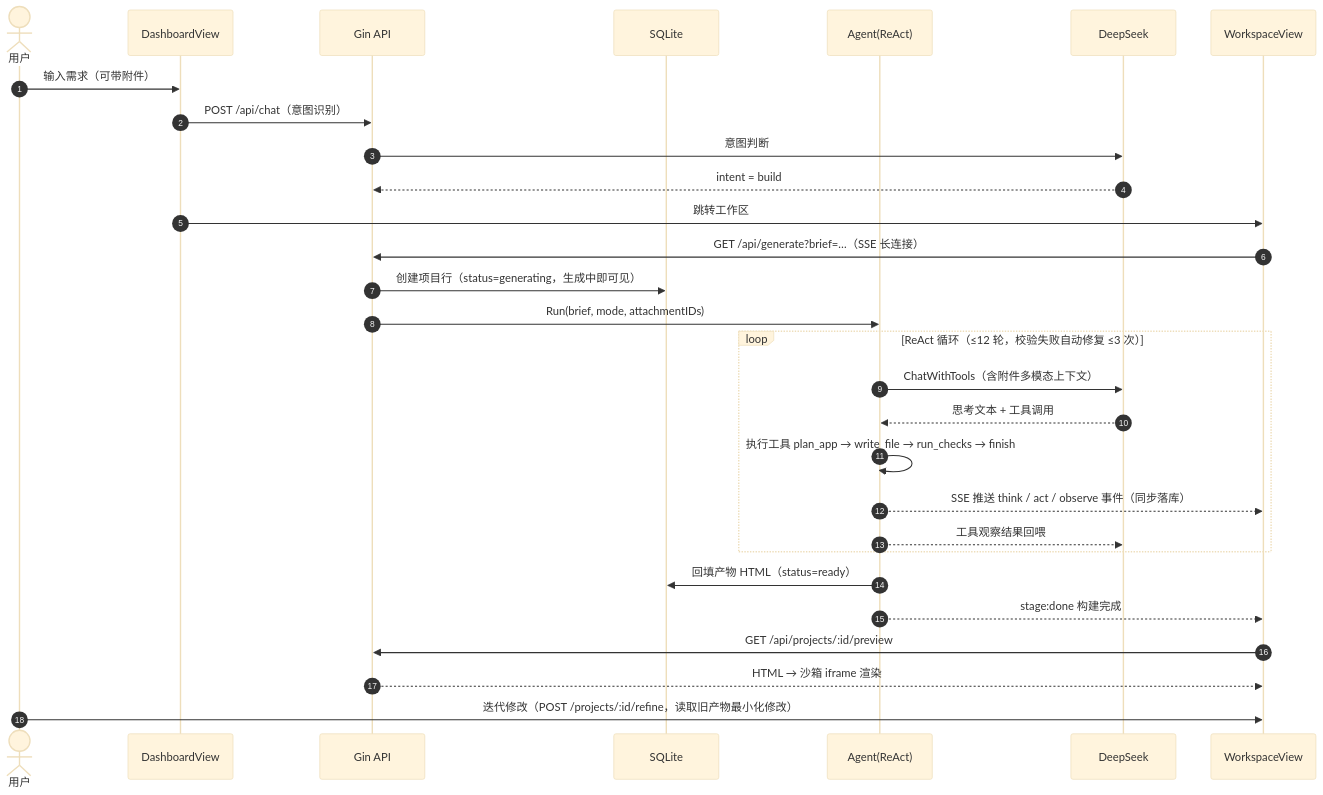
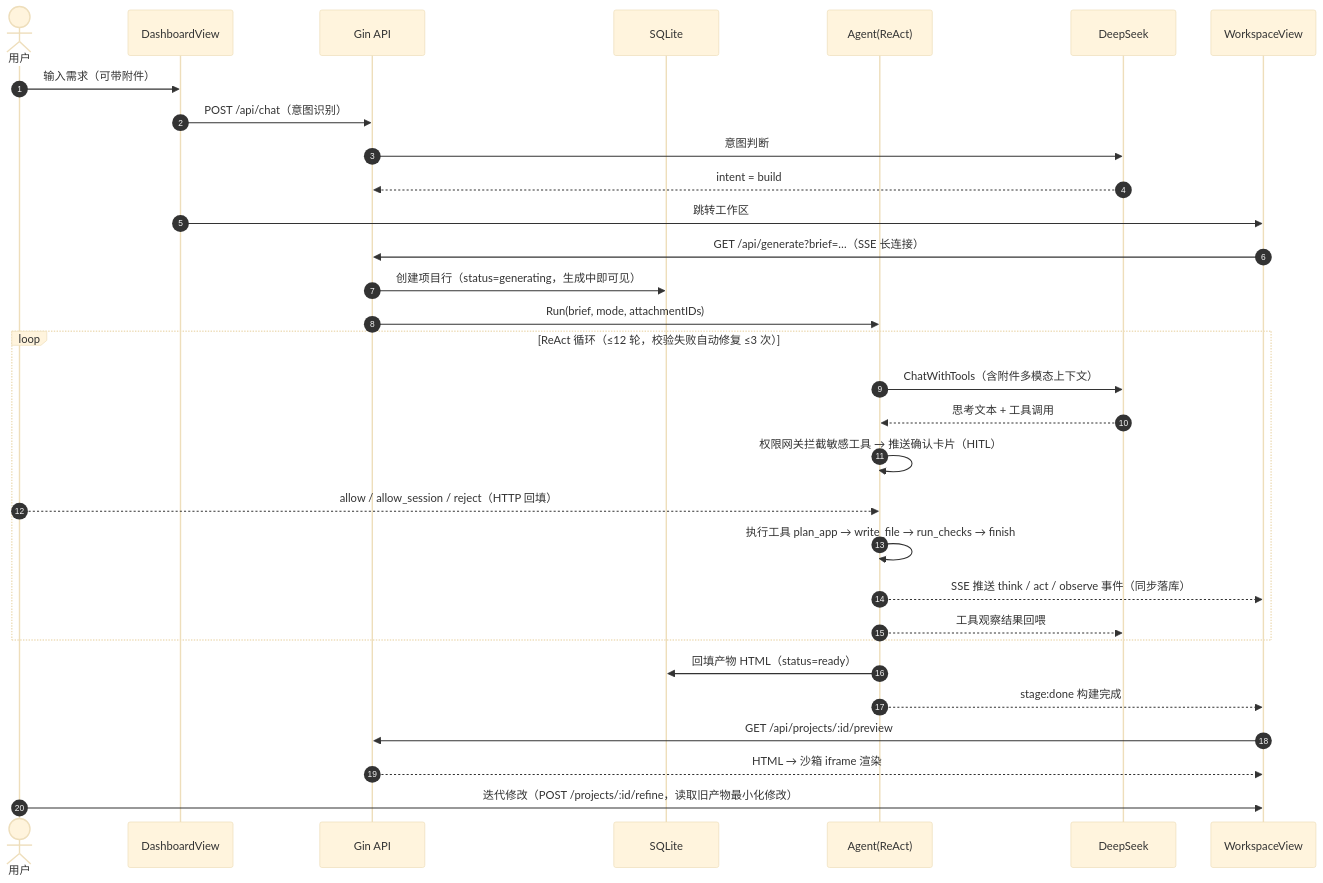
One commit to disyli/atomix-demo changed the second of 3 diagrams in docs/ARCHITECTURE.md. Above: the diagram before and after it, drawn with Mermaid (base theme). The commit also changed other lines of this file, not shown here.

Commit message:
docs: update architecture diagram with agent hardening (HITL permission gate, context compression, research subagent, edit_file, browser verification, plan-mode gating)

````diff
--- a/docs/ARCHITECTURE.md
+++ b/docs/ARCHITECTURE.md
@@ -63,32 +71,34 @@
 ```mermaid
 sequenceDiagram
     autonumber
     actor U as 用户
     participant DV as DashboardView
     participant HD as Gin API
     participant DB as SQLite
     participant AG as Agent(ReAct)
     participant LLM as DeepSeek
     participant WV as WorkspaceView
 
     U->>DV: 输入需求（可带附件）
     DV->>HD: POST /api/chat（意图识别）
     HD->>LLM: 意图判断
     LLM-->>HD: intent = build
     DV->>WV: 跳转工作区
     WV->>HD: GET /api/generate?brief=…（SSE 长连接）
     HD->>DB: 创建项目行（status=generating，生成中即可见）
     HD->>AG: Run(brief, mode, attachmentIDs)
     loop ReAct 循环（≤12 轮，校验失败自动修复 ≤3 次）
         AG->>LLM: ChatWithTools（含附件多模态上下文）
         LLM-->>AG: 思考文本 + 工具调用
+        AG->>AG: 权限网关拦截敏感工具 → 推送确认卡片（HITL）
+        U-->>AG: allow / allow_session / reject（HTTP 回填）
         AG->>AG: 执行工具 plan_app → write_file → run_checks → finish
         AG-->>WV: SSE 推送 think / act / observe 事件（同步落库）
         AG-->>LLM: 工具观察结果回喂
     end
     AG->>DB: 回填产物 HTML（status=ready）
     AG-->>WV: stage:done 构建完成
     WV->>HD: GET /api/projects/:id/preview
     HD-->>WV: HTML → 沙箱 iframe 渲染
     U->>WV: 迭代修改（POST /projects/:id/refine，读取旧产物最小化修改）
 ```
````
